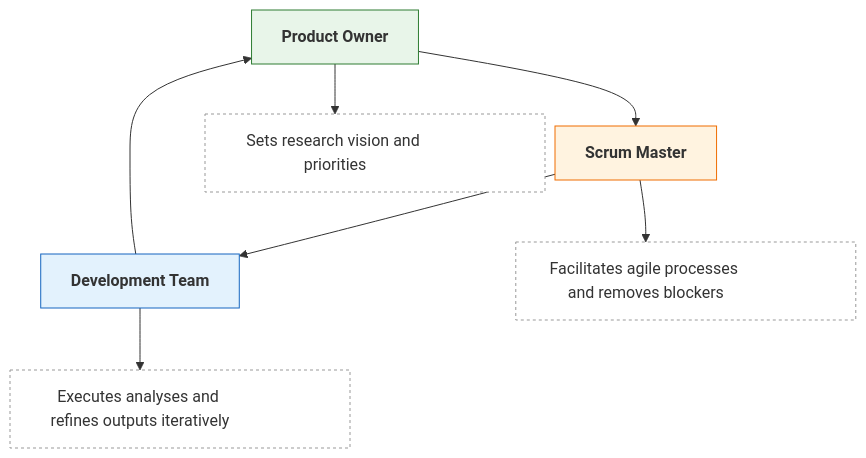
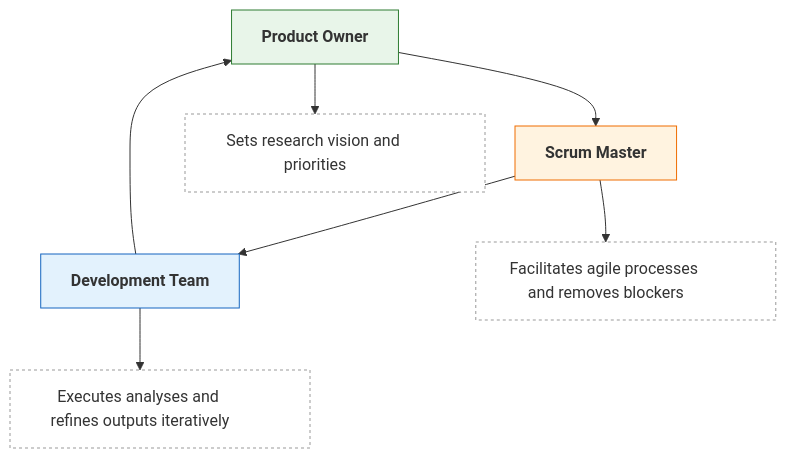
Before and after one commit to thomgiles/DSDSP: the fourth of 6 diagrams in training_site/essential_digital_skills/episodes/02-digital_delivery.qmd, drawn with Mermaid. The commit also changed other lines of this file and 3 other files, not shown here.

````diff
--- a/training_site/essential_digital_skills/episodes/02-digital_delivery.qmd
+++ b/training_site/essential_digital_skills/episodes/02-digital_delivery.qmd
@@ -240,29 +240,29 @@
 ```{mermaid}
 flowchart TB
     %% Main role nodes (A–C)
     A["<b>Product Owner</b>"]
     B["<b>Scrum Master</b>"]
     C["<b>Development Team</b>"]
 
     %% Descriptive subnodes
     A1["Sets research vision and priorities"]
     B1["Facilitates agile processes and removes blockers"]
     C1["Executes analyses and refines outputs iteratively"]
 
     %% Flow connections (cyclic collaboration)
     A --> B --> C --> A
 
     %% Descriptive links
     A --> A1
     B --> B1
     C --> C1
 
     %% Styling for main nodes
     style A fill:#E8F5E9,stroke:#2E7D32,stroke-width:1px
     style B fill:#FFF3E0,stroke:#EF6C00,stroke-width:1px
     style C fill:#E3F2FD,stroke:#1565C0,stroke-width:1px
 
     %% Styling for descriptive nodes
-    classDef desc fill:#FFFFFF,stroke:#999,stroke-dasharray:3 3,width:340px;
+    classDef desc fill:#FFFFFF,stroke:#999,stroke-dasharray:3 3,width:300px;
     class A1,B1,C1 desc;
 ```
````
